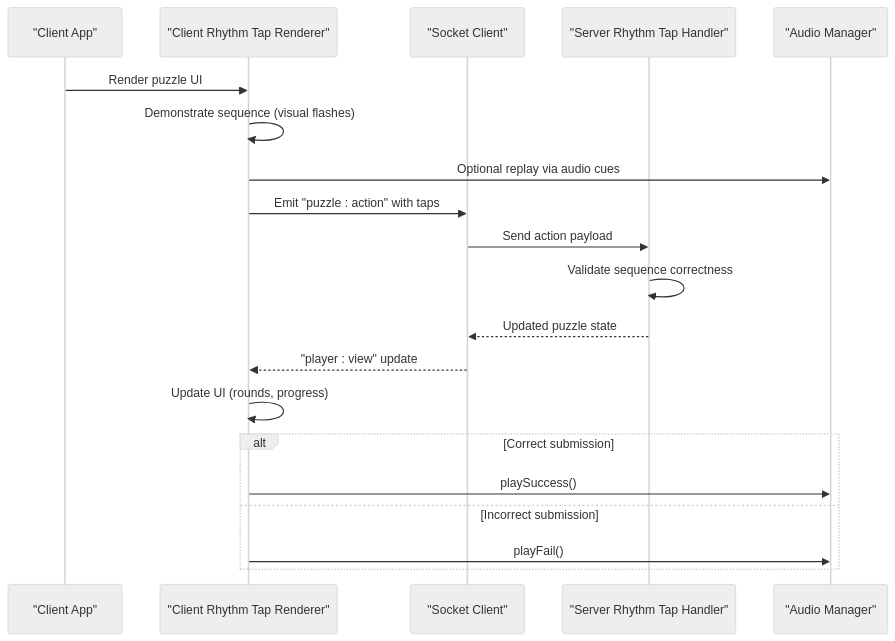
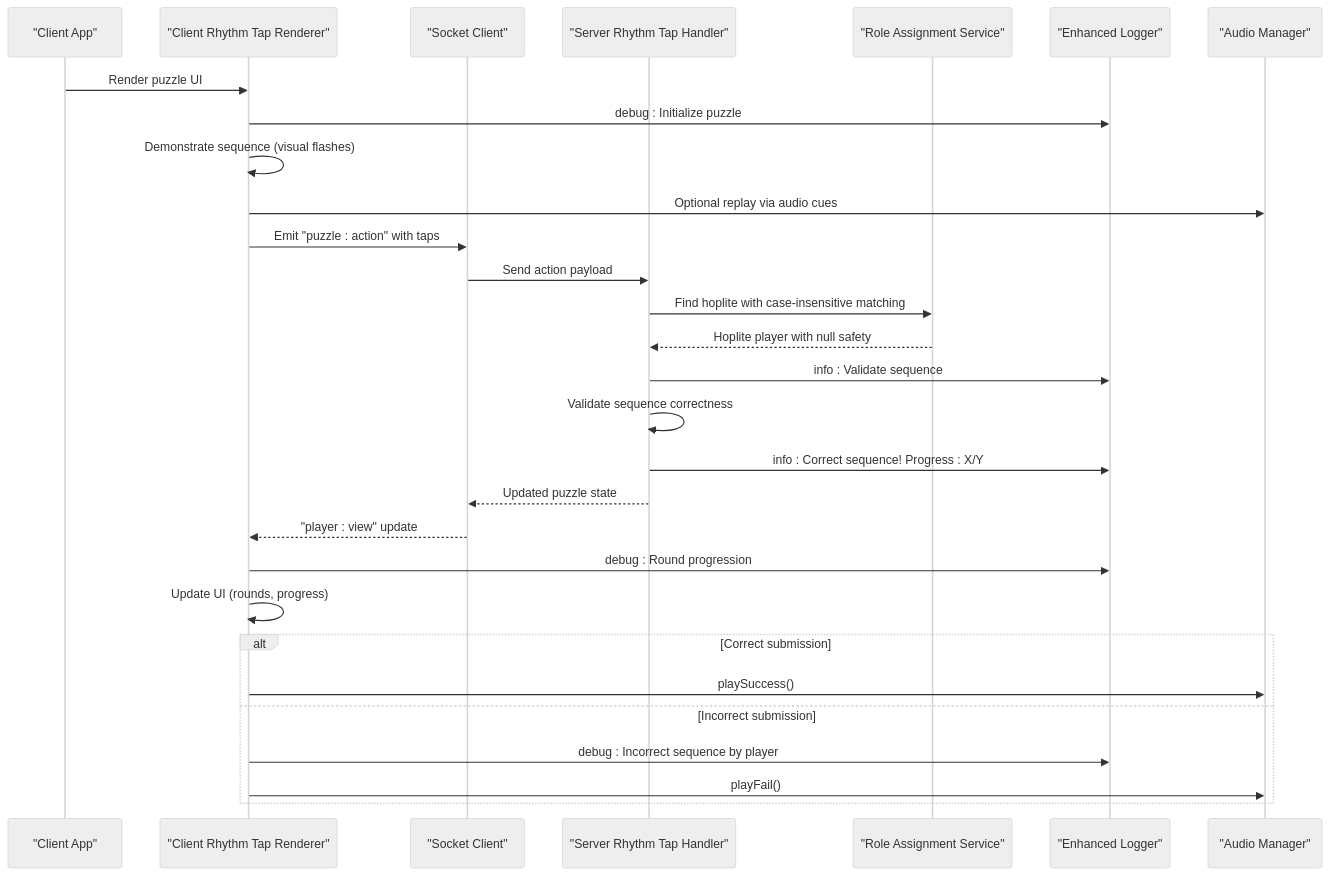
The second of 8 diagrams in .qoder/repowiki/en/content/Puzzle System/Rhythm Tap Puzzle.md (dkoukoul/escape-room-mvp), drawn with Mermaid (neutral theme) before and after one commit. The commit also changed other lines of this file and 21 other files, not shown here.

````diff
--- a/.qoder/repowiki/en/content/Puzzle System/Rhythm Tap Puzzle.md
+++ b/.qoder/repowiki/en/content/Puzzle System/Rhythm Tap Puzzle.md
@@ -124,22 +165,31 @@
 ```mermaid
 sequenceDiagram
 participant Client as "Client App"
 participant Renderer as "Client Rhythm Tap Renderer"
 participant Socket as "Socket Client"
 participant Server as "Server Rhythm Tap Handler"
+participant RoleService as "Role Assignment Service"
+participant Logger as "Enhanced Logger"
 participant Audio as "Audio Manager"
 Client->>Renderer : Render puzzle UI
+Renderer->>Logger : debug : Initialize puzzle
 Renderer->>Renderer : Demonstrate sequence (visual flashes)
 Renderer->>Audio : Optional replay via audio cues
 Renderer->>Socket : Emit "puzzle : action" with taps
 Socket->>Server : Send action payload
+Server->>RoleService : Find hoplite with case-insensitive matching
+RoleService-->>Server : Hoplite player with null safety
+Server->>Logger : info : Validate sequence
 Server->>Server : Validate sequence correctness
+Server->>Logger : info : Correct sequence! Progress : X/Y
 Server-->>Socket : Updated puzzle state
 Socket-->>Renderer : "player : view" update
+Renderer->>Logger : debug : Round progression
 Renderer->>Renderer : Update UI (rounds, progress)
 alt Correct submission
 Renderer->>Audio : playSuccess()
 else Incorrect submission
+Renderer->>Logger : debug : Incorrect sequence by player
 Renderer->>Audio : playFail()
 end
 ```
````
